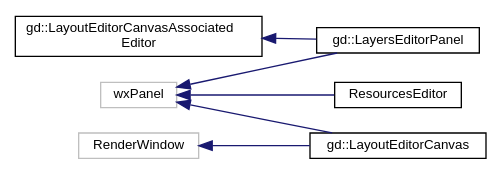
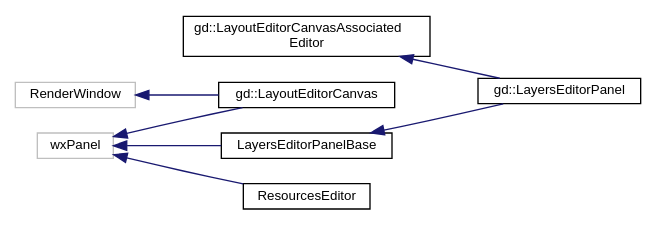
The diagram in GDCore Documentation/inherit_graph_65.dot (4ian/GDevelop-documentation), drawn with Graphviz before and after one commit. The commit also changed 1215 other files, not shown here.

```diff
--- a/GDCore Documentation/inherit_graph_65.dot
+++ b/GDCore Documentation/inherit_graph_65.dot
@@ -1,17 +1,19 @@
 digraph "Graphical Class Hierarchy"
 {
   edge [fontname="Helvetica",fontsize="10",labelfontname="Helvetica",labelfontsize="10"];
   node [fontname="Helvetica",fontsize="10",shape=record];
   rankdir="LR";
   Node1 [label="gd::LayoutEditorCanvasAssociated\lEditor",height=0.2,width=0.4,color="black", fillcolor="white", style="filled",URL="$classgd_1_1_layout_editor_canvas_associated_editor.html",tooltip="Base class meant to be used by the IDE for its editors that are associated with a gd::LayoutEditorCan..."];
   Node1 -> Node2 [dir="back",color="midnightblue",fontsize="10",style="solid",fontname="Helvetica"];
   Node2 [label="gd::LayersEditorPanel",height=0.2,width=0.4,color="black", fillcolor="white", style="filled",URL="$classgd_1_1_layers_editor_panel.html",tooltip="Panel showing the layers of a layout and allowing to edit them. "];
   Node3 [label="RenderWindow",height=0.2,width=0.4,color="grey75", fillcolor="white", style="filled"];
   Node3 -> Node4 [dir="back",color="midnightblue",fontsize="10",style="solid",fontname="Helvetica"];
   Node4 [label="gd::LayoutEditorCanvas",height=0.2,width=0.4,color="black", fillcolor="white", style="filled",URL="$classgd_1_1_layout_editor_canvas.html",tooltip="Base class for implementing the main canvas of layout editors. "];
   Node5 [label="wxPanel",height=0.2,width=0.4,color="grey75", fillcolor="white", style="filled"];
-  Node5 -> Node2 [dir="back",color="midnightblue",fontsize="10",style="solid",fontname="Helvetica"];
   Node5 -> Node4 [dir="back",color="midnightblue",fontsize="10",style="solid",fontname="Helvetica"];
   Node5 -> Node6 [dir="back",color="midnightblue",fontsize="10",style="solid",fontname="Helvetica"];
-  Node6 [label="ResourcesEditor",height=0.2,width=0.4,color="black", fillcolor="white", style="filled",URL="$class_resources_editor.html",tooltip="Panel for editing the resources of a game. "];
+  Node6 [label="LayersEditorPanelBase",height=0.2,width=0.4,color="black", fillcolor="white", style="filled",URL="$class_layers_editor_panel_base.html"];
+  Node6 -> Node2 [dir="back",color="midnightblue",fontsize="10",style="solid",fontname="Helvetica"];
+  Node5 -> Node7 [dir="back",color="midnightblue",fontsize="10",style="solid",fontname="Helvetica"];
+  Node7 [label="ResourcesEditor",height=0.2,width=0.4,color="black", fillcolor="white", style="filled",URL="$class_resources_editor.html",tooltip="Panel for editing the resources of a game. "];
 }
```
